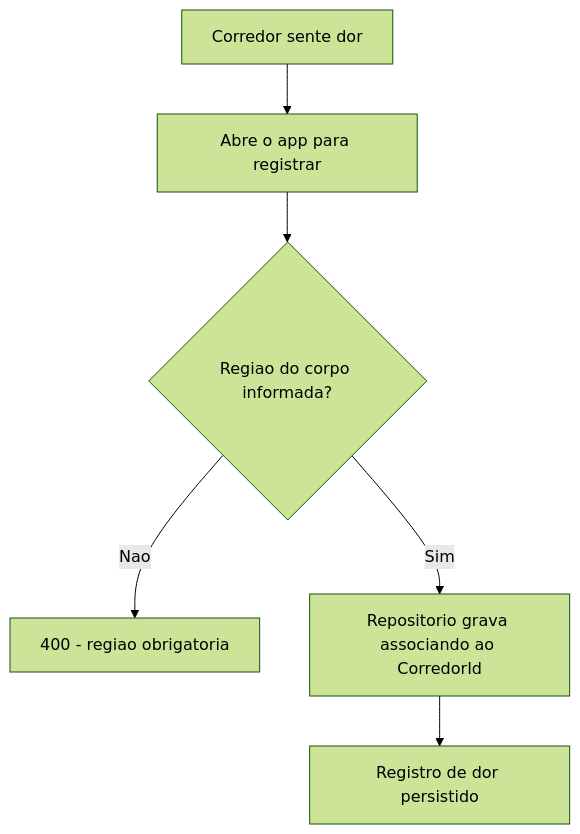
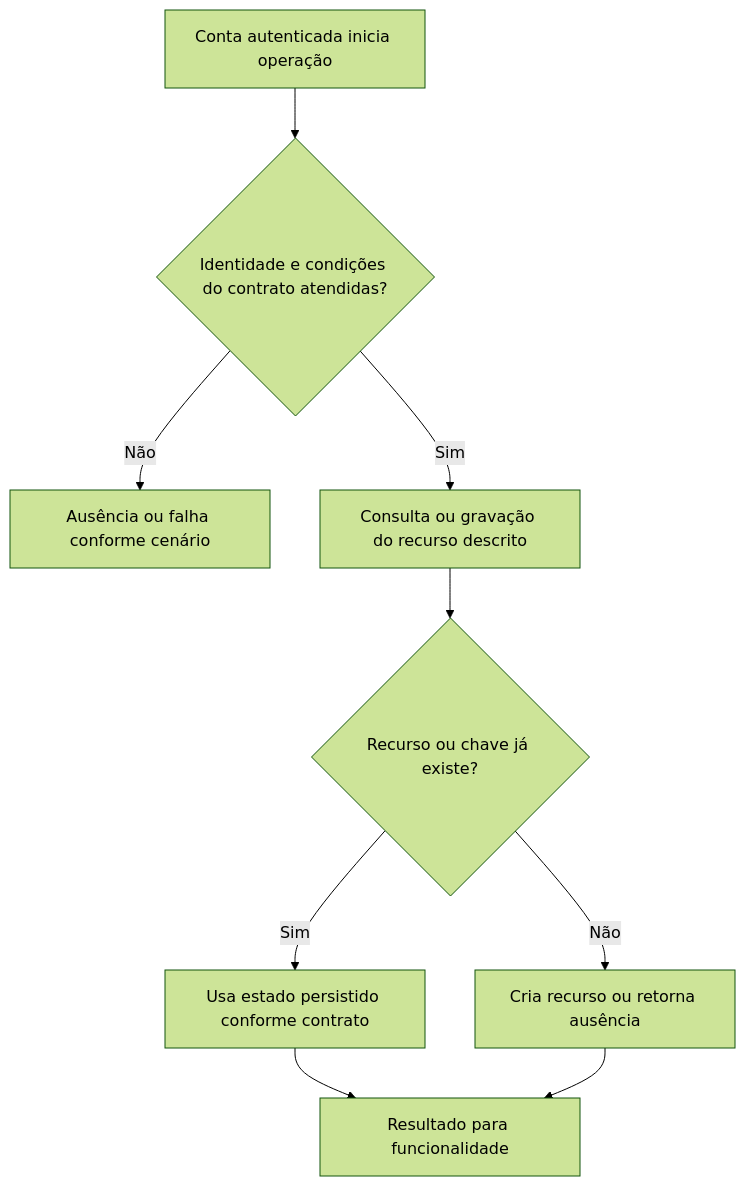
The second of 2 diagrams in DocumentAIReadme/Steady.Infrastructure/BusinessRulesDocs/Registro-de-Dor-Pos-Treino-Persistencia-Treino-Rules.md (JoaoFPedro/steady-ia), drawn with Mermaid (forest theme) before and after one commit. The commit also changed other lines of this file and 318 other files, not shown here.

````diff
--- a/DocumentAIReadme/Steady.Infrastructure/BusinessRulesDocs/Registro-de-Dor-Pos-Treino-Persistencia-Treino-Rules.md
+++ b/DocumentAIReadme/Steady.Infrastructure/BusinessRulesDocs/Registro-de-Dor-Pos-Treino-Persistencia-Treino-Rules.md
@@ -79,8 +42,11 @@
 ```mermaid
 flowchart TD
-    A[Corredor sente dor] --> B[Abre o app para registrar]
-    B --> C{Regiao do corpo informada?}
-    C -->|Nao| D[400 - regiao obrigatoria]
-    C -->|Sim| E[Repositorio grava associando ao CorredorId]
-    E --> F[Registro de dor persistido]
+    A[Conta autenticada inicia operação] --> B{Identidade e condições do contrato atendidas?}
+    B -->|Não| C[Ausência ou falha conforme cenário]
+    B -->|Sim| D[Consulta ou gravação do recurso descrito]
+    D --> E{Recurso ou chave já existe?}
+    E -->|Sim| F[Usa estado persistido conforme contrato]
+    E -->|Não| G[Cria recurso ou retorna ausência]
+    F --> H[Resultado para funcionalidade]
+    G --> H
 ```
````
